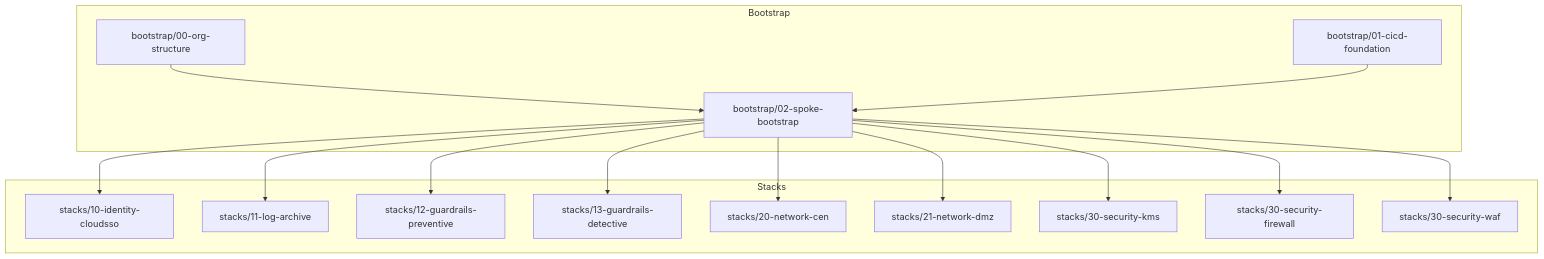
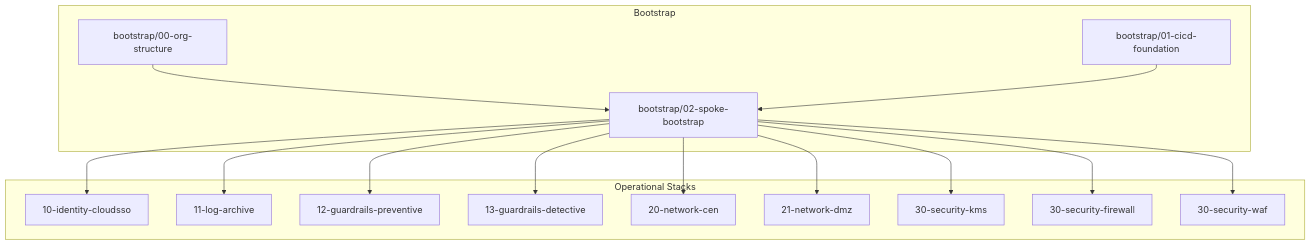
The first of 12 diagrams in .qoder/repowiki/en/content/Stack Architecture/Stack Architecture.md (AlibabaCloudLandingZone/alibabacloud-landingzone-accelerator-github-demo), drawn with Mermaid before and after one commit. The commit also changed other lines of this file and 104 other files, not shown here.

````diff
--- a/.qoder/repowiki/en/content/Stack Architecture/Stack Architecture.md
+++ b/.qoder/repowiki/en/content/Stack Architecture/Stack Architecture.md
@@ -51,30 +72,30 @@
 ```mermaid
 graph TB
 subgraph "Bootstrap"
 ORG["bootstrap/00-org-structure"]
 CICD["bootstrap/01-cicd-foundation"]
 SPOKE["bootstrap/02-spoke-bootstrap"]
 end
-subgraph "Stacks"
-ID["stacks/10-identity-cloudsso"]
-LOG["stacks/11-log-archive"]
-PREV["stacks/12-guardrails-preventive"]
-DET["stacks/13-guardrails-detective"]
-CEN["stacks/20-network-cen"]
-DMZ["stacks/21-network-dmz"]
-KMS["stacks/30-security-kms"]
-FW["stacks/30-security-firewall"]
-WAF["stacks/30-security-waf"]
+subgraph "Operational Stacks"
+ID["10-identity-cloudsso"]
+LOG["11-log-archive"]
+PREV["12-guardrails-preventive"]
+DET["13-guardrails-detective"]
+CEN["20-network-cen"]
+DMZ["21-network-dmz"]
+KMS["30-security-kms"]
+FW["30-security-firewall"]
+WAF["30-security-waf"]
 end
 ORG --> SPOKE
 CICD --> SPOKE
 SPOKE --> ID
 SPOKE --> LOG
 SPOKE --> PREV
 SPOKE --> DET
 SPOKE --> CEN
 SPOKE --> DMZ
 SPOKE --> KMS
 SPOKE --> FW
 SPOKE --> WAF
 ```
````
